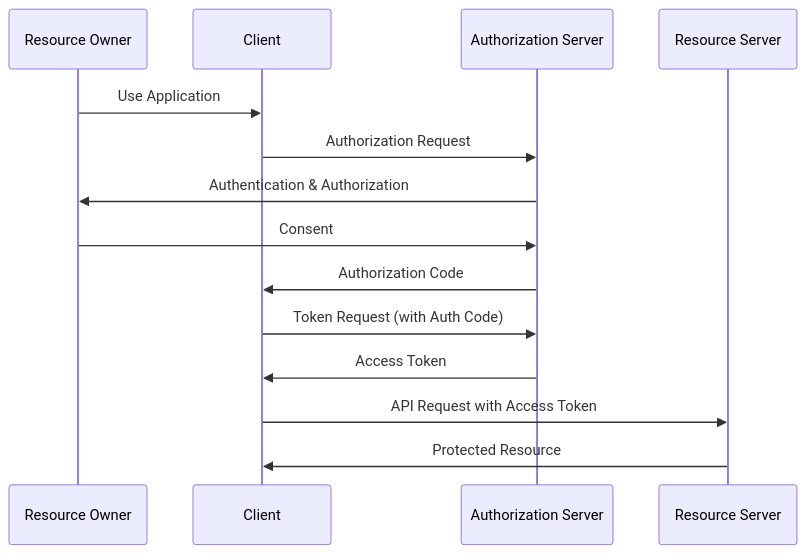
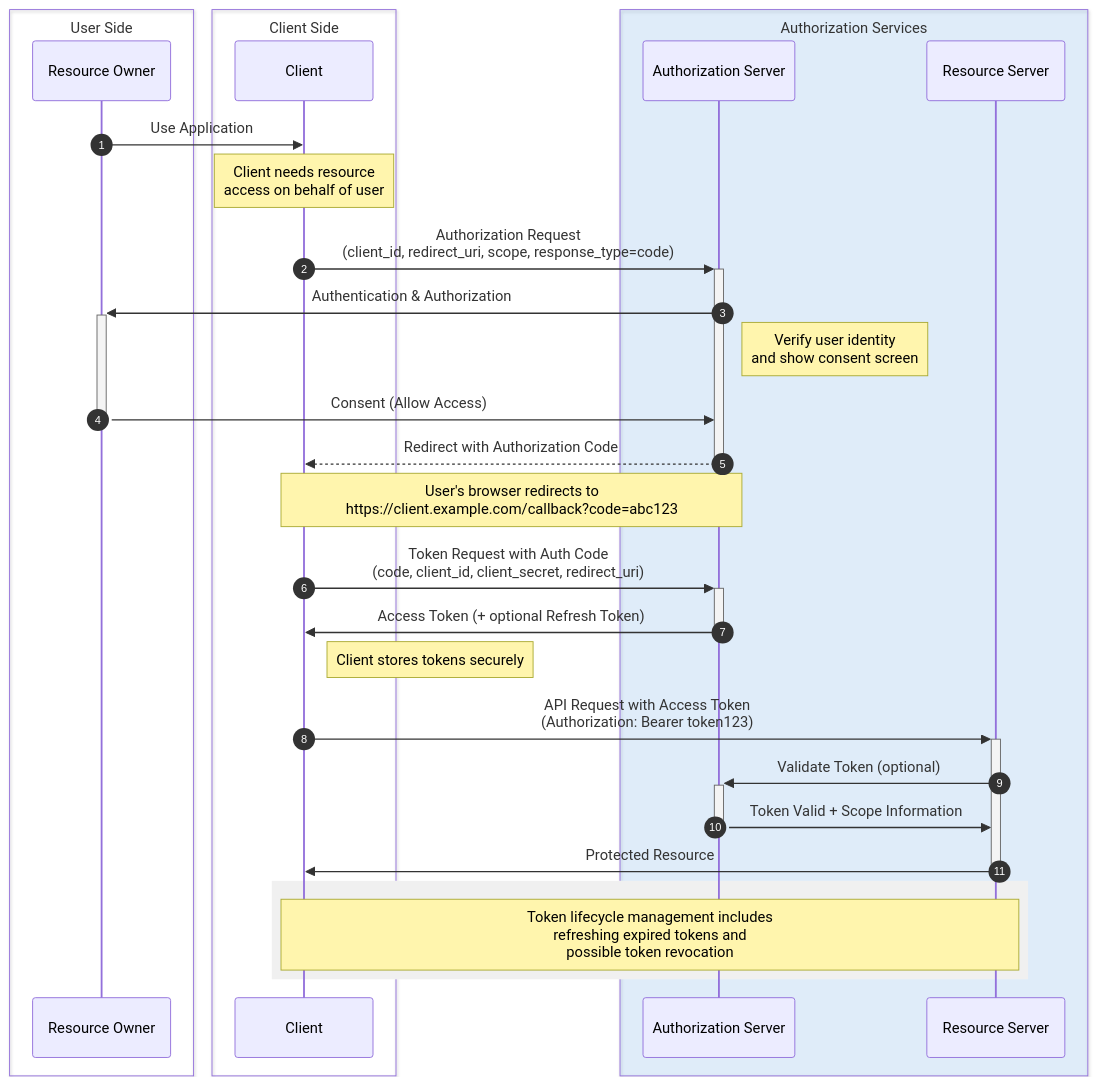
One commit to ivishalgandhi/techdocs changed the first of 6 diagrams in docs/auth/oauth2-guide.md. Above: the diagram before and after it, drawn with Mermaid. The commit also changed other lines of this file, not shown here.

````diff
--- a/docs/auth/oauth2-guide.md
+++ b/docs/auth/oauth2-guide.md
@@ -45,17 +45,38 @@
 ```mermaid
 sequenceDiagram
-    participant User as Resource Owner
-    participant App as Client
-    participant Auth as Authorization Server
-    participant API as Resource Server
+    autonumber
+    box transparent User Side
+        participant User as Resource Owner
+    end
+    box transparent Client Side
+        participant App as Client
+    end
+    box rgba(0,128,255,0.1) Authorization Services
+        participant Auth as Authorization Server
+        participant API as Resource Server
+    end
     
     User->>App: Use Application
-    App->>Auth: Authorization Request
-    Auth->>User: Authentication & Authorization
-    User->>Auth: Consent
-    Auth->>App: Authorization Code
-    App->>Auth: Token Request (with Auth Code)
-    Auth->>App: Access Token
-    App->>API: API Request with Access Token
-    API->>App: Protected Resource
+    note over App: Client needs resource<br/>access on behalf of user
+    
+    App->>+Auth: Authorization Request<br/>(client_id, redirect_uri, scope, response_type=code)
+    Auth->>+User: Authentication & Authorization
+    note right of Auth: Verify user identity<br/>and show consent screen
+    User->>-Auth: Consent (Allow Access)
+    Auth-->>-App: Redirect with Authorization Code
+    note over App, Auth: User's browser redirects to<br/>https://client.example.com/callback?code=abc123
+    
+    App->>+Auth: Token Request with Auth Code<br/>(code, client_id, client_secret, redirect_uri)
+    Auth->>-App: Access Token (+ optional Refresh Token)
+    
+    note right of App: Client stores tokens securely
+    
+    App->>+API: API Request with Access Token<br/>(Authorization: Bearer token123)
+    API->>+Auth: Validate Token (optional)
+    Auth->>-API: Token Valid + Scope Information
+    API->>-App: Protected Resource
+    
+    rect rgb(240,240,240)
+        note over App, API: Token lifecycle management includes<br/>refreshing expired tokens and<br/>possible token revocation
+    end
 ```
````
